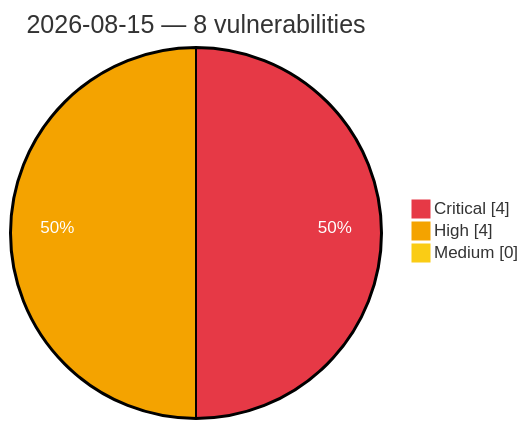
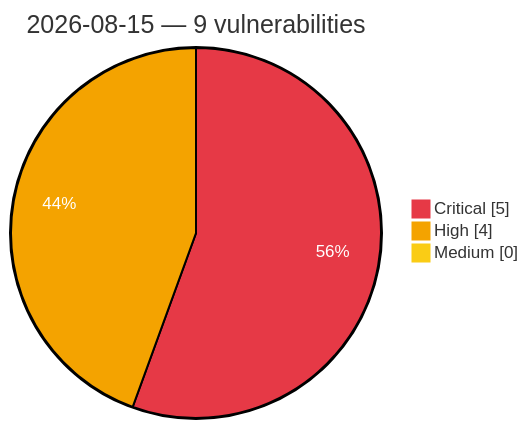
The diagram in vulnerabilities/2026/August/2026-08-15.md (GhostX0X/vuln-tracker), drawn with Mermaid before and after one commit. The commit also changed other lines of this file and 5 other files, not shown here.

````diff
--- a/vulnerabilities/2026/August/2026-08-15.md
+++ b/vulnerabilities/2026/August/2026-08-15.md
@@ -3,8 +3,8 @@
 ```mermaid
 %%{init: {'theme':'base', 'themeVariables': {'pie1':'#e63946', 'pie2':'#f4a300', 'pie3':'#facc15', 'pieOpacity':'1', 'pieOuterStrokeWidth':'2px', 'pieSectionTextColor':'#ffffff'}}}%%
 pie showData
-    title 2026-08-15 — 8 vulnerabilities
-    "Critical" : 4
+    title 2026-08-15 — 9 vulnerabilities
+    "Critical" : 5
     "High" : 4
     "Medium" : 0
 ```
````
